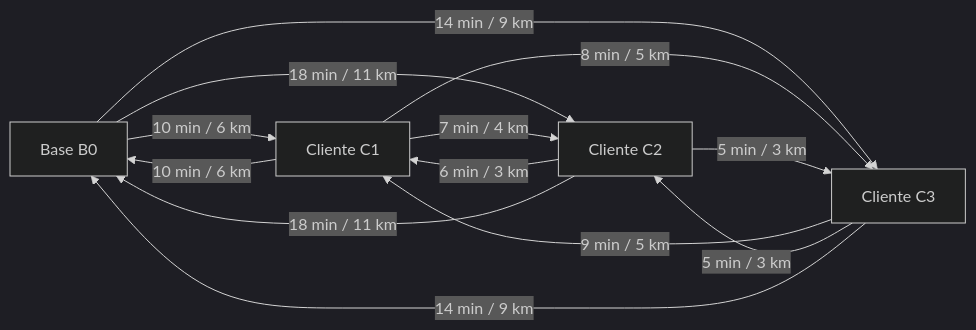
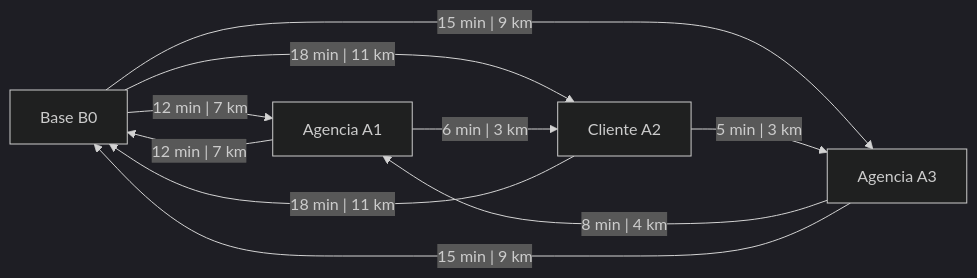
One commit to ThiagoBibiano/aredes-roteirizacao-numerario changed the diagram in docs/apresentacao/02-elementos-da-rede-grafica.md. Above: the diagram before and after it, drawn with Mermaid (dark theme). The commit also changed other lines of this file and 4 other files, not shown here.

````diff
--- a/docs/apresentacao/02-elementos-da-rede-grafica.md
+++ b/docs/apresentacao/02-elementos-da-rede-grafica.md
@@ -56,20 +75,17 @@
 ```mermaid
 graph LR
     B0[Base B0]
-    C1[Cliente C1]
-    C2[Cliente C2]
-    C3[Cliente C3]
+    A1[Agencia A1]
+    A2[Cliente A2]
+    A3[Agencia A3]
 
-    B0 -- "10 min / 6 km" --> C1
-    B0 -- "18 min / 11 km" --> C2
-    B0 -- "14 min / 9 km" --> C3
-    C1 -- "7 min / 4 km" --> C2
-    C2 -- "6 min / 3 km" --> C1
-    C1 -- "8 min / 5 km" --> C3
-    C3 -- "9 min / 5 km" --> C1
-    C2 -- "5 min / 3 km" --> C3
-    C3 -- "5 min / 3 km" --> C2
-    C1 -- "10 min / 6 km" --> B0
-    C2 -- "18 min / 11 km" --> B0
-    C3 -- "14 min / 9 km" --> B0
+    B0 -- "12 min | 7 km" --> A1
+    B0 -- "18 min | 11 km" --> A2
+    B0 -- "15 min | 9 km" --> A3
+    A1 -- "6 min | 3 km" --> A2
+    A2 -- "5 min | 3 km" --> A3
+    A3 -- "8 min | 4 km" --> A1
+    A1 -- "12 min | 7 km" --> B0
+    A2 -- "18 min | 11 km" --> B0
+    A3 -- "15 min | 9 km" --> B0
 ```
````
